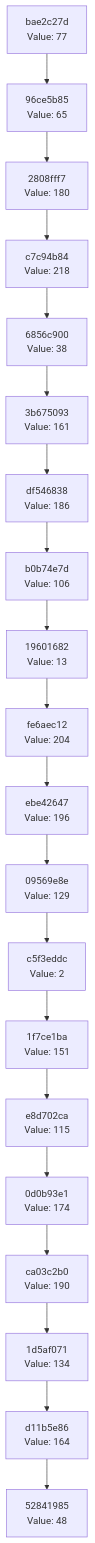
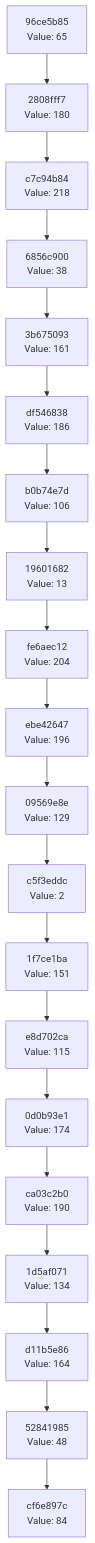
The diagram in docs/CHAIN_VISUALIZATION.md (Abhisheksinha1506/hash-chain-evolver), drawn with Mermaid before and after one commit. The commit also changed 3 other files, not shown here.

````diff
--- a/docs/CHAIN_VISUALIZATION.md
+++ b/docs/CHAIN_VISUALIZATION.md
@@ -3,42 +3,42 @@
 ```mermaid
 graph TD
-    C0["52841985<br/>Value: 48"]
-    C1["d11b5e86<br/>Value: 164"]
+    C0["cf6e897c<br/>Value: 84"]
+    C1["52841985<br/>Value: 48"]
     C1 --> C0
-    C2["1d5af071<br/>Value: 134"]
+    C2["d11b5e86<br/>Value: 164"]
     C2 --> C1
-    C3["ca03c2b0<br/>Value: 190"]
+    C3["1d5af071<br/>Value: 134"]
     C3 --> C2
-    C4["0d0b93e1<br/>Value: 174"]
+    C4["ca03c2b0<br/>Value: 190"]
     C4 --> C3
-    C5["e8d702ca<br/>Value: 115"]
+    C5["0d0b93e1<br/>Value: 174"]
     C5 --> C4
-    C6["1f7ce1ba<br/>Value: 151"]
+    C6["e8d702ca<br/>Value: 115"]
     C6 --> C5
-    C7["c5f3eddc<br/>Value: 2"]
+    C7["1f7ce1ba<br/>Value: 151"]
     C7 --> C6
-    C8["09569e8e<br/>Value: 129"]
+    C8["c5f3eddc<br/>Value: 2"]
     C8 --> C7
-    C9["ebe42647<br/>Value: 196"]
+    C9["09569e8e<br/>Value: 129"]
     C9 --> C8
-    C10["fe6aec12<br/>Value: 204"]
+    C10["ebe42647<br/>Value: 196"]
     C10 --> C9
-    C11["19601682<br/>Value: 13"]
+    C11["fe6aec12<br/>Value: 204"]
     C11 --> C10
-    C12["b0b74e7d<br/>Value: 106"]
+    C12["19601682<br/>Value: 13"]
     C12 --> C11
-    C13["df546838<br/>Value: 186"]
+    C13["b0b74e7d<br/>Value: 106"]
     C13 --> C12
-    C14["3b675093<br/>Value: 161"]
+    C14["df546838<br/>Value: 186"]
     C14 --> C13
-    C15["6856c900<br/>Value: 38"]
+    C15["3b675093<br/>Value: 161"]
     C15 --> C14
-    C16["c7c94b84<br/>Value: 218"]
+    C16["6856c900<br/>Value: 38"]
     C16 --> C15
-    C17["2808fff7<br/>Value: 180"]
+    C17["c7c94b84<br/>Value: 218"]
     C17 --> C16
-    C18["96ce5b85<br/>Value: 65"]
+    C18["2808fff7<br/>Value: 180"]
     C18 --> C17
-    C19["bae2c27d<br/>Value: 77"]
+    C19["96ce5b85<br/>Value: 65"]
     C19 --> C18
 ```
````
